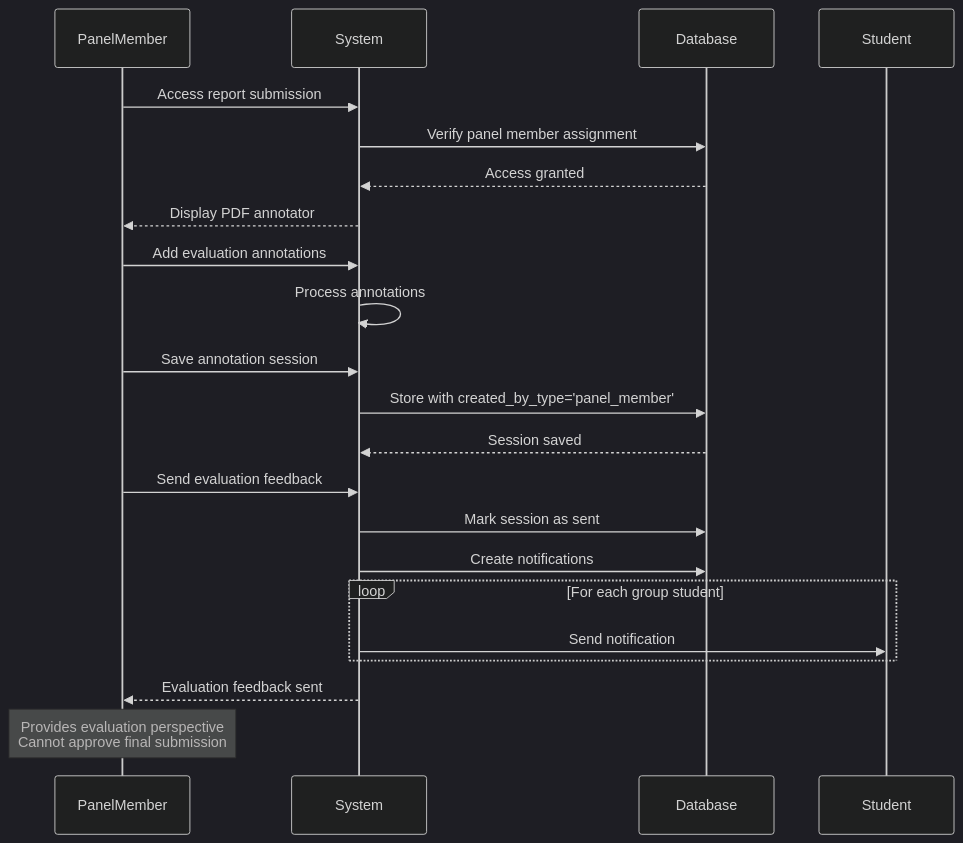
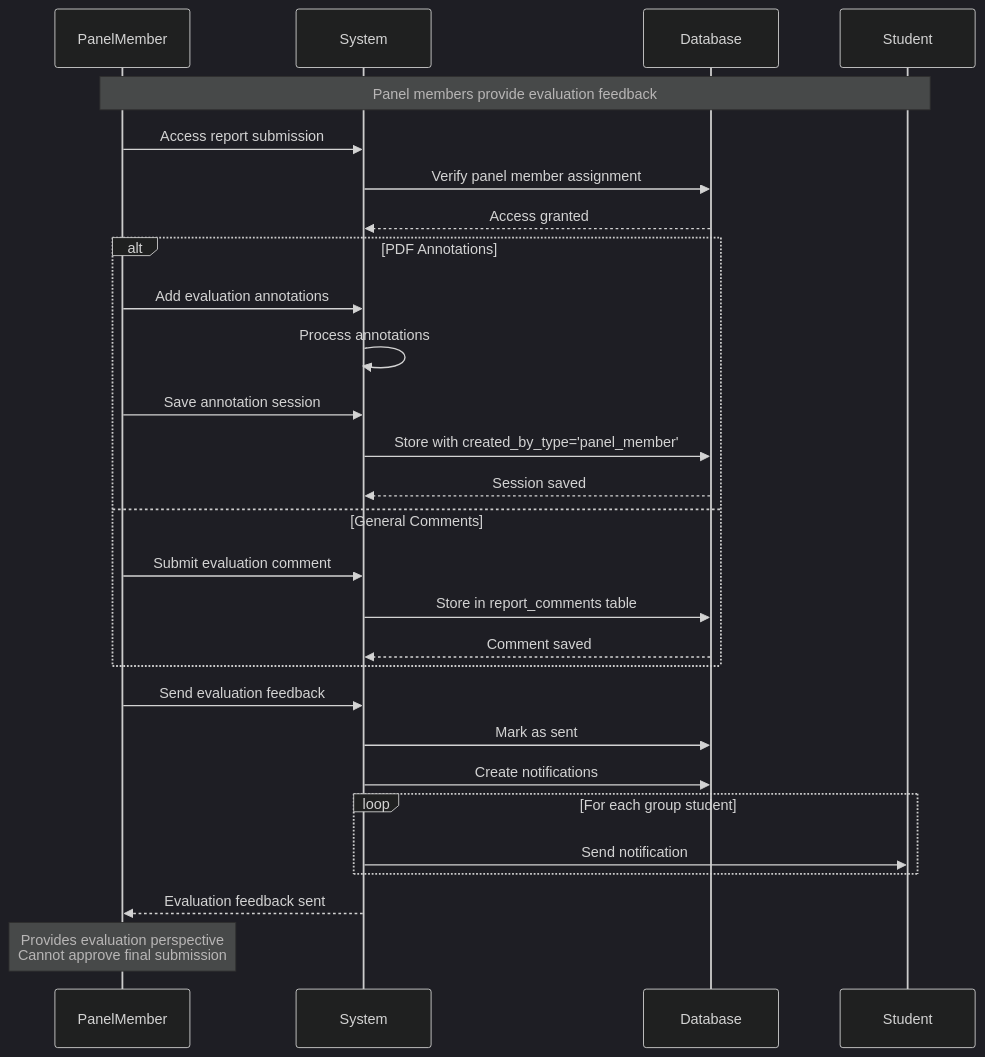
Diagram 19 of 42 in sequence.md (abdullah2323442/thesisrepo-backup), drawn with Mermaid (dark theme) before and after one commit. The commit also changed other lines of this file, not shown here.

````diff
--- a/sequence.md
+++ b/sequence.md
@@ -382,30 +474,37 @@
 ```mermaid
 sequenceDiagram
     participant PanelMember
     participant System
     participant Database
     participant Student
 
+    Note over PanelMember,Student: Panel members provide evaluation feedback
+    
     PanelMember->>System: Access report submission
     System->>Database: Verify panel member assignment
     Database-->>System: Access granted
-    System-->>PanelMember: Display PDF annotator
     
-    PanelMember->>System: Add evaluation annotations
-    System->>System: Process annotations
-    PanelMember->>System: Save annotation session
-    System->>Database: Store with created_by_type='panel_member'
-    Database-->>System: Session saved
+    alt PDF Annotations
+        PanelMember->>System: Add evaluation annotations
+        System->>System: Process annotations
+        PanelMember->>System: Save annotation session
+        System->>Database: Store with created_by_type='panel_member'
+        Database-->>System: Session saved
+    else General Comments
+        PanelMember->>System: Submit evaluation comment
+        System->>Database: Store in report_comments table
+        Database-->>System: Comment saved
+    end
     
     PanelMember->>System: Send evaluation feedback
-    System->>Database: Mark session as sent
+    System->>Database: Mark as sent
     System->>Database: Create notifications
     
     loop For each group student
         System->>Student: Send notification
     end
     
     System-->>PanelMember: Evaluation feedback sent
     
     Note over PanelMember: Provides evaluation perspective<br/>Cannot approve final submission
 ```
````
